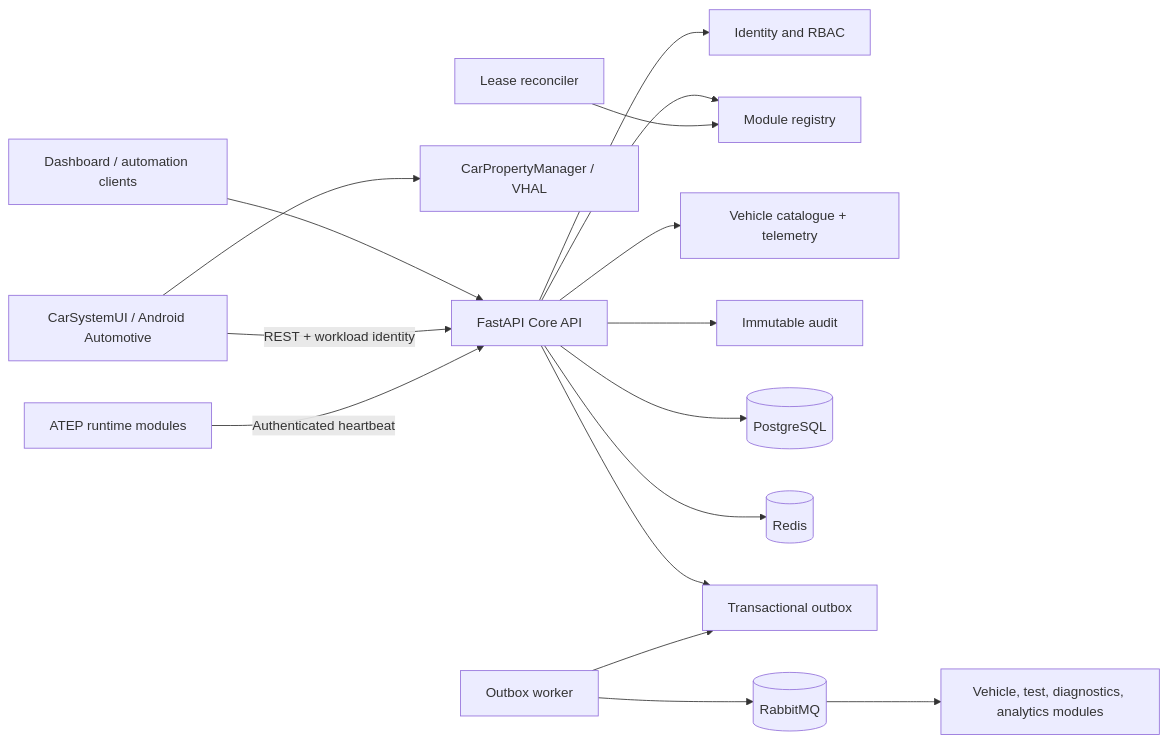
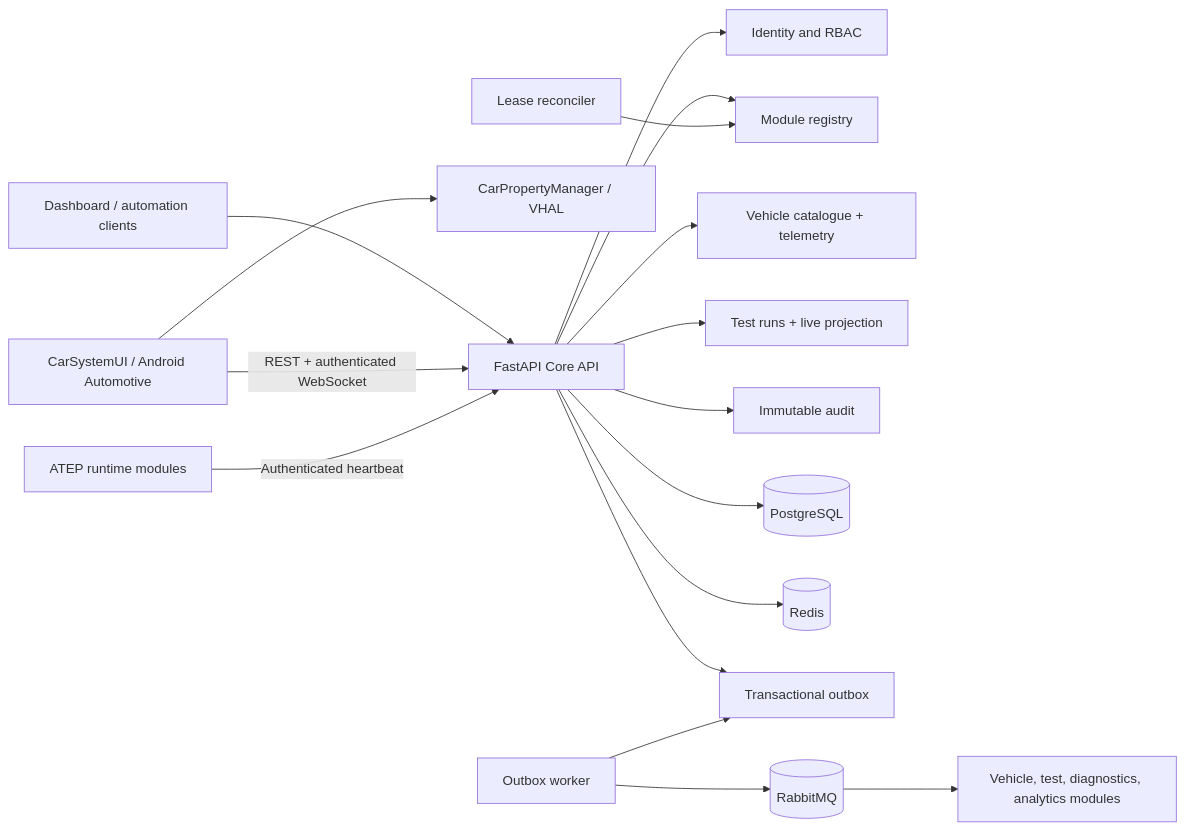
The first of 2 diagrams in README.md (paulacristinaqa/automotive_test_engineering_platform), drawn with Mermaid before and after one commit. The commit also changed other lines of this file and 19 other files, not shown here.

Commit message:
feat: add live test-run orchestration

````diff
--- a/README.md
+++ b/README.md
@@ -65,18 +68,19 @@
 ```mermaid
 flowchart LR
     Client["Dashboard / automation clients"] --> API["FastAPI Core API"]
-    Cockpit["CarSystemUI / Android Automotive"] -->|"REST + workload identity"| API
+    Cockpit["CarSystemUI / Android Automotive"] -->|"REST + authenticated WebSocket"| API
     Cockpit --> CarAPI["CarPropertyManager / VHAL"]
     Module["ATEP runtime modules"] -->|"Authenticated heartbeat"| API
     API --> Identity["Identity and RBAC"]
     API --> Registry["Module registry"]
     API --> Vehicles["Vehicle catalogue + telemetry"]
+    API --> TestRuns["Test runs + live projection"]
     API --> Audit["Immutable audit"]
     API --> PG[(PostgreSQL)]
     API --> Redis[(Redis)]
     API --> Outbox["Transactional outbox"]
     Reconciler["Lease reconciler"] --> Registry
     Worker["Outbox worker"] --> Outbox
     Worker --> MQ[(RabbitMQ)]
     MQ --> Consumers["Vehicle, test, diagnostics, analytics modules"]
 ```
````
